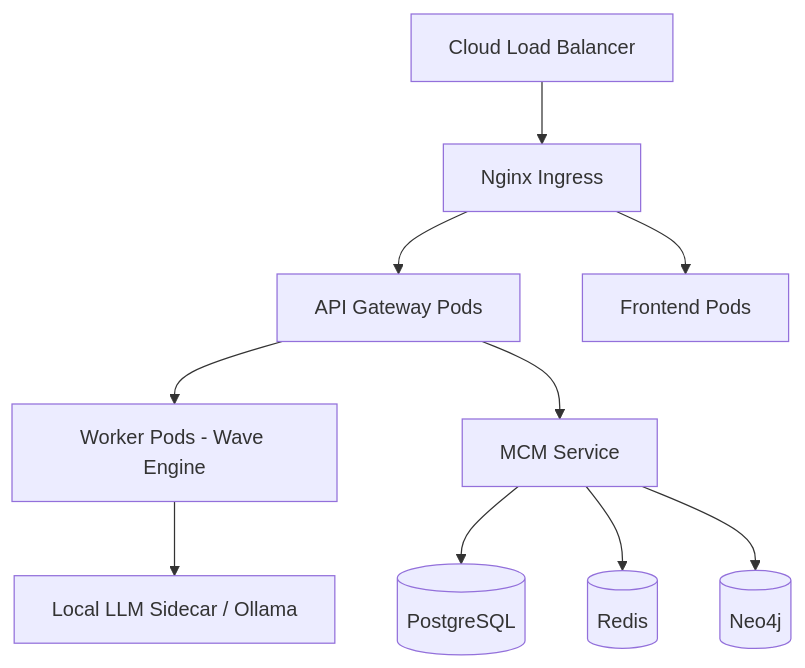
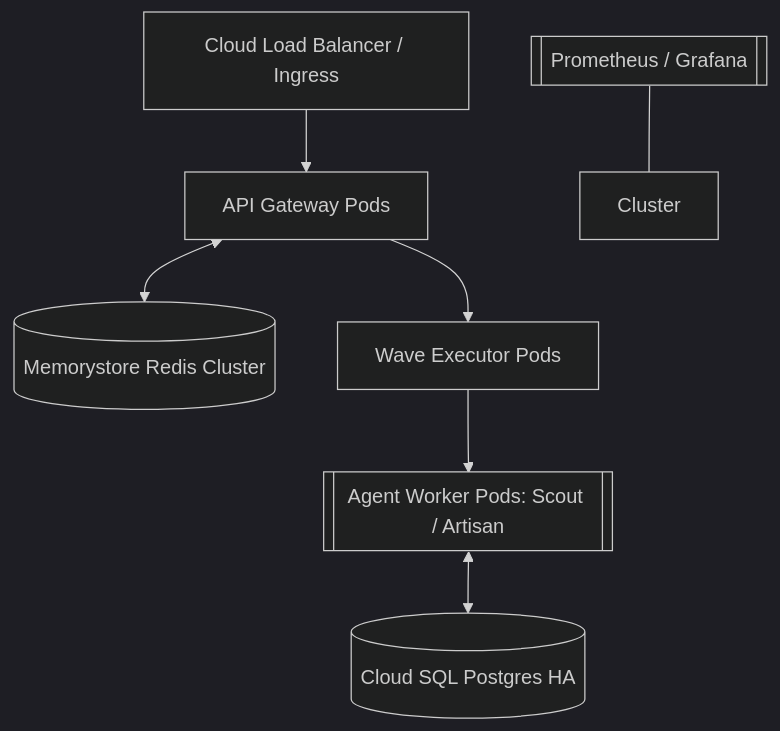
One commit to Blackdrg/levi-ai-innovate changed diagram 12 of 15 in README.md. Above: the diagram before and after it, drawn with Mermaid. The commit also changed other lines of this file and 61 other files, not shown here.

````diff
--- a/README.md
+++ b/README.md
@@ -400,12 +904,10 @@
 ```mermaid
+%%{init: {'theme': 'dark', 'themeVariables': { 'primaryColor': '#3399ff'}}}%%
 graph TD
-    LB[Cloud Load Balancer] --> INGRESS[Nginx Ingress]
-    INGRESS --> API[API Gateway Pods]
-    INGRESS --> FRONT[Frontend Pods]
-    API --> EXEC[Worker Pods - Wave Engine]
-    API --> MEM_MGR[MCM Service]
-    MEM_MGR --> PSQL[(PostgreSQL)]
-    MEM_MGR --> REDIS[(Redis)]
-    MEM_MGR --> NEO[(Neo4j)]
-    EXEC --> LLM[Local LLM Sidecar / Ollama]
+    Ingress[Cloud Load Balancer / Ingress] --> Gateway[API Gateway Pods]
+    Gateway <--> Redis[(Memorystore Redis Cluster)]
+    Gateway --> Executor[Wave Executor Pods]
+    Executor --> Workers[[Agent Worker Pods: Scout / Artisan]]
+    Workers <--> PG[(Cloud SQL Postgres HA)]
+    Monitoring[[Prometheus / Grafana]] --- Cluster
 ```
````
